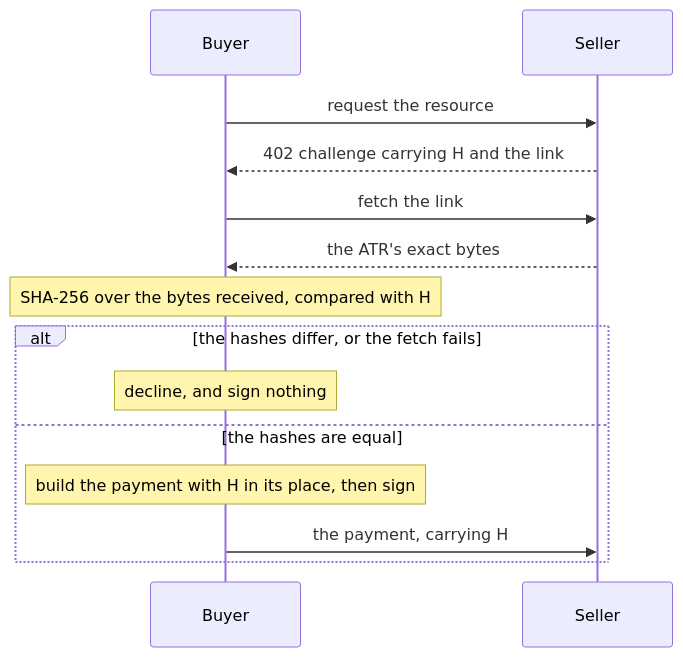
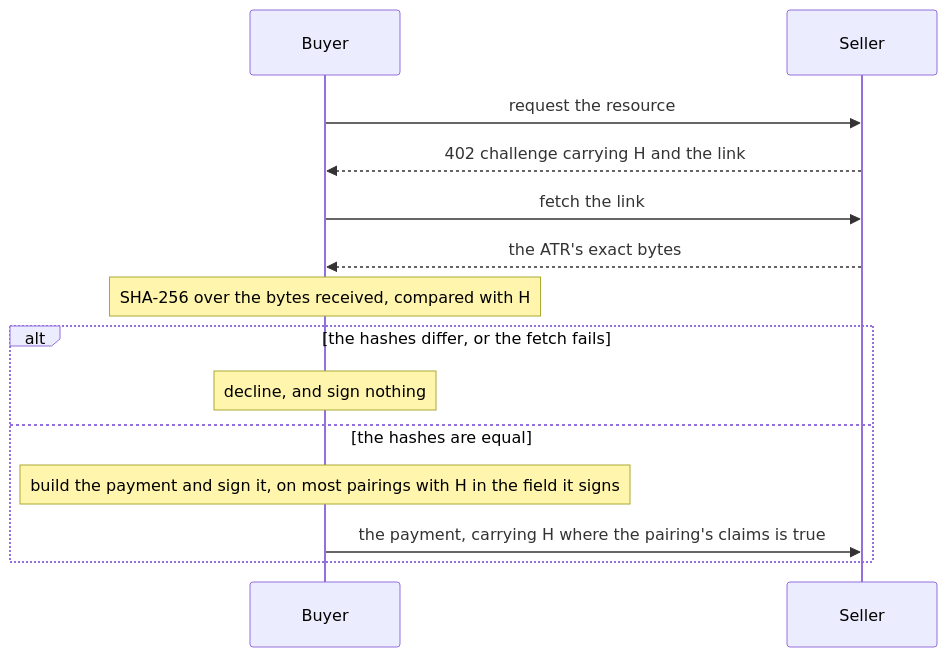
Before and after one commit to IntegraLedger/integra-protocol: the diagram in docs/concepts/buyer-gate.md, drawn with Mermaid. The commit also changed 2 other files, not shown here.

Commit message:
docs: the overview diagrams draw H in what the buyer signs on most pairings
The sequence diagrams in the overview, the package README and the buyer
gate page say what the prose beside them says: on most pairings the
buyer signs a payment with H in its field; the payment carries H where
the pairing's claims is true, and only there is H read back from it;
and on most rails status reads H from the settlement.

````diff
--- a/docs/concepts/buyer-gate.md
+++ b/docs/concepts/buyer-gate.md
@@ -12,16 +12,16 @@
 ```mermaid
 sequenceDiagram
   participant B as Buyer
   participant S as Seller
   B->>S: request the resource
   S-->>B: 402 challenge carrying H and the link
   B->>S: fetch the link
   S-->>B: the ATR's exact bytes
   Note over B: SHA-256 over the bytes received, compared with H
   alt the hashes differ, or the fetch fails
     Note over B: decline, and sign nothing
   else the hashes are equal
-    Note over B: build the payment with H in its place, then sign
-    B->>S: the payment, carrying H
+    Note over B: build the payment and sign it, on most pairings with H in the field it signs
+    B->>S: the payment, carrying H where the pairing's claims is true
   end
 ```
````
